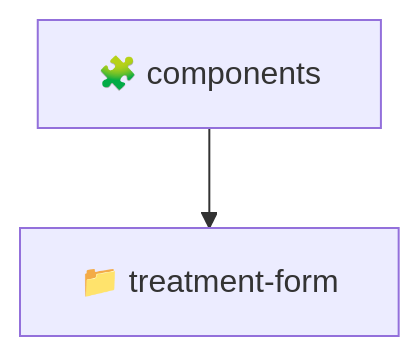
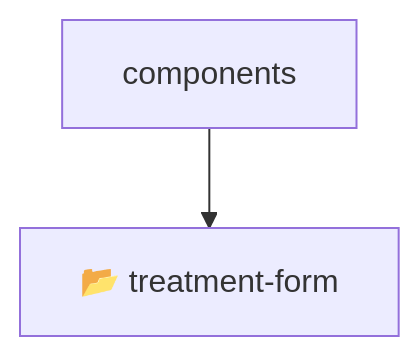
One commit to beginwebdev2002/fullstack-mavluda changed the diagram in frontend/src/pages/treatments/components/README.md. Above: the diagram before and after it, drawn with Mermaid. The commit also changed other lines of this file and 155 other files, not shown here.

````diff
--- a/frontend/src/pages/treatments/components/README.md
+++ b/frontend/src/pages/treatments/components/README.md
@@ -10,5 +14,5 @@
 ```mermaid
 graph TD
-  Root["🧩 components"]
-  Root --> treatmentform["📁 treatment-form"]
+    Root[components]
+    Root --> F0[📂 treatment-form]
 ```
````
